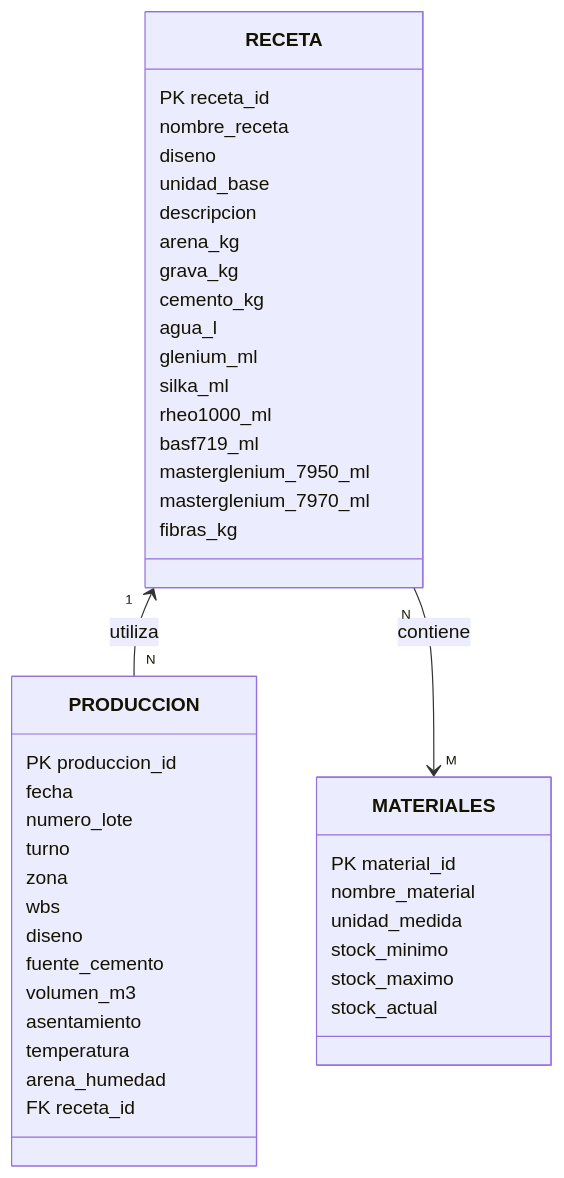
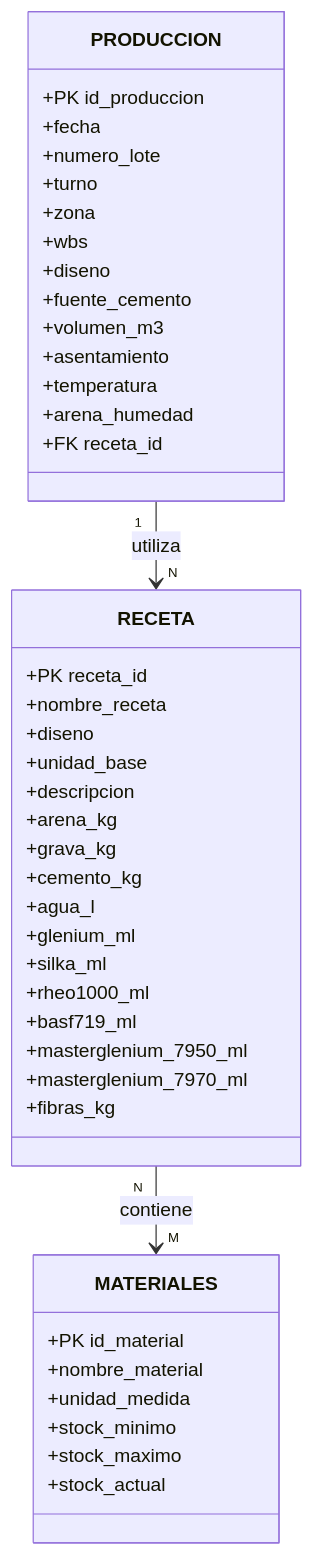
Before and after one commit to AndyNeva/consumo-materiales-mineria: the diagram in docs/diagrama_relacional_original.mermaid, drawn with Mermaid. The commit also changed 5 other files, not shown here.

```diff
--- a/docs/diagrama_relacional_original.mermaid
+++ b/docs/diagrama_relacional_original.mermaid
@@ -1,51 +1,71 @@
+%% =========================================================================
+%% Diagrama Relacional — Estado Original (antes de normalizar)
+%% Proyecto: Consumo de Materiales - Minería
+%%
+%% Representa el diseño inicial completamente desnormalizado:
+%%   - Una sola tabla PRODUCCION con todos los datos del despacho
+%%   - Una sola tabla RECETA con TODOS los insumos como columnas
+%%   - Una sola tabla MATERIALES con el stock de cada insumo
+%%
+%% Problemas que motivaron la normalización:
+%%   - Redundancia: la información del turno, zona, WBS y diseño se repetía
+%%     en cada despacho sin control de catálogo
+%%   - Anomalías de actualización: cambiar el nombre de una zona exigía
+%%     actualizar todas las filas de producción
+%%   - Dependencias parciales: los insumos de la receta dependen solo del
+%%     diseño, no del despacho, pero vivían en la misma tabla
+%%   - Sin trazabilidad: no había usuario, auditoría ni control de intentos
+%%     de acceso
+%%
+%% NOTA: Este diagrama es HISTÓRICO. El esquema real implementado está en
+%%       diagrama_relacional_3FN.mermaid
+%% =========================================================================
+
 classDiagram
 
-class PRODUCCION{
-    PK produccion_id
-    fecha
-    numero_lote
-    turno
-    zona
-    wbs
-    diseno
-    fuente_cemento
-    volumen_m3
-    asentamiento
-    temperatura
-    arena_humedad
-    FK receta_id
-}
+    class PRODUCCION {
+        +PK id_produccion
+        +fecha
+        +numero_lote
+        +turno
+        +zona
+        +wbs
+        +diseno
+        +fuente_cemento
+        +volumen_m3
+        +asentamiento
+        +temperatura
+        +arena_humedad
+        +FK receta_id
+    }
 
-class RECETA{
-    PK receta_id
-    nombre_receta
-    diseno
-    unidad_base
-    descripcion
+    class RECETA {
+        +PK receta_id
+        +nombre_receta
+        +diseno
+        +unidad_base
+        +descripcion
+        +arena_kg
+        +grava_kg
+        +cemento_kg
+        +agua_l
+        +glenium_ml
+        +silka_ml
+        +rheo1000_ml
+        +basf719_ml
+        +masterglenium_7950_ml
+        +masterglenium_7970_ml
+        +fibras_kg
+    }
 
-    arena_kg
-    grava_kg
-    cemento_kg
-    agua_l
+    class MATERIALES {
+        +PK id_material
+        +nombre_material
+        +unidad_medida
+        +stock_minimo
+        +stock_maximo
+        +stock_actual
+    }
 
-    glenium_ml
-    silka_ml
-    rheo1000_ml
-    basf719_ml
-    masterglenium_7950_ml
-    masterglenium_7970_ml
-    fibras_kg
-}
-
-class MATERIALES{
-    PK material_id
-    nombre_material
-    unidad_medida
-    stock_minimo
-    stock_maximo
-    stock_actual
-}
-
-RECETA "1" <-- "N" PRODUCCION : utiliza
-
-RECETA "N" --> "M" MATERIALES : contiene
+    PRODUCCION "1" --> "N" RECETA : utiliza
+    RECETA "N" --> "M" MATERIALES : contiene
```
